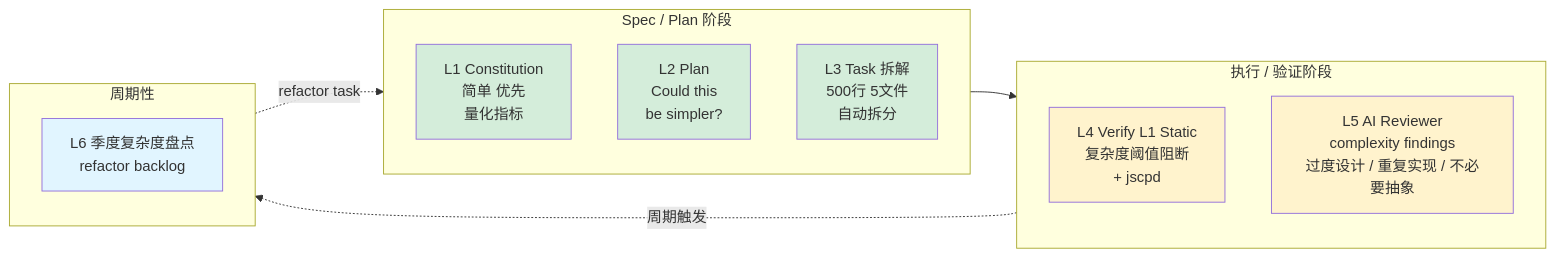
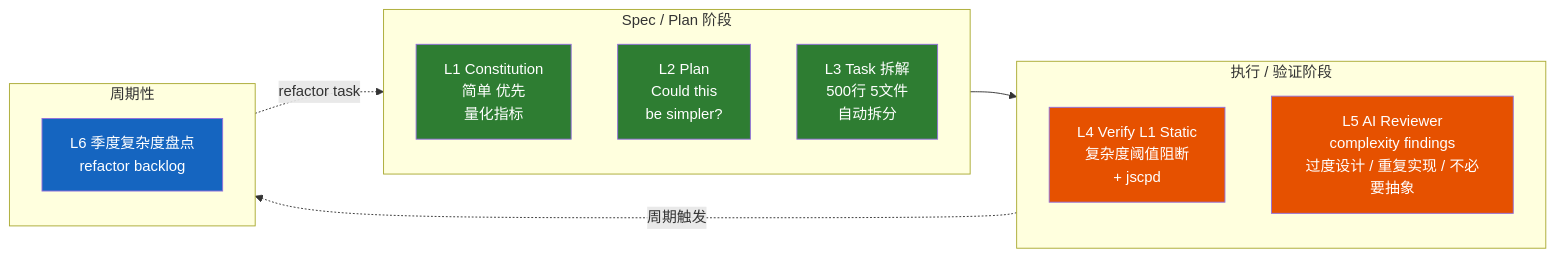
The seventh of 11 diagrams in docs/sdd/diagrams.md (chinaszzt/suiyin-v4), drawn with Mermaid before and after one commit. The commit also changed other lines of this file, not shown here.

First line of the commit message:
docs: diagrams.md 颜色改为高对比深色 + 白字

````diff
--- a/docs/sdd/diagrams.md
+++ b/docs/sdd/diagrams.md
@@ -193,28 +193,28 @@
 ```mermaid
 flowchart LR
     subgraph SP[Spec / Plan 阶段]
         L1[L1 Constitution<br/>简单 优先<br/>量化指标]
         L2[L2 Plan<br/>Could this<br/>be simpler?]
         L3[L3 Task 拆解<br/>500行 5文件<br/>自动拆分]
     end
     
     subgraph EV[执行 / 验证阶段]
         L4[L4 Verify L1 Static<br/>复杂度阈值阻断<br/>+ jscpd]
         L5[L5 AI Reviewer<br/>complexity findings<br/>过度设计 / 重复实现 / 不必要抽象]
     end
     
     subgraph PE[周期性]
         L6[L6 季度复杂度盘点<br/>refactor backlog]
     end
     
     SP --> EV
     EV -.周期触发.-> PE
     PE -.refactor task.-> SP
     
-    style L1 fill:#d4edda
-    style L2 fill:#d4edda
-    style L3 fill:#d4edda
-    style L4 fill:#fff3cd
-    style L5 fill:#fff3cd
-    style L6 fill:#e1f5ff
+    style L1 fill:#2E7D32,color:#fff
+    style L2 fill:#2E7D32,color:#fff
+    style L3 fill:#2E7D32,color:#fff
+    style L4 fill:#E65100,color:#fff
+    style L5 fill:#E65100,color:#fff
+    style L6 fill:#1565C0,color:#fff
 ```
````
